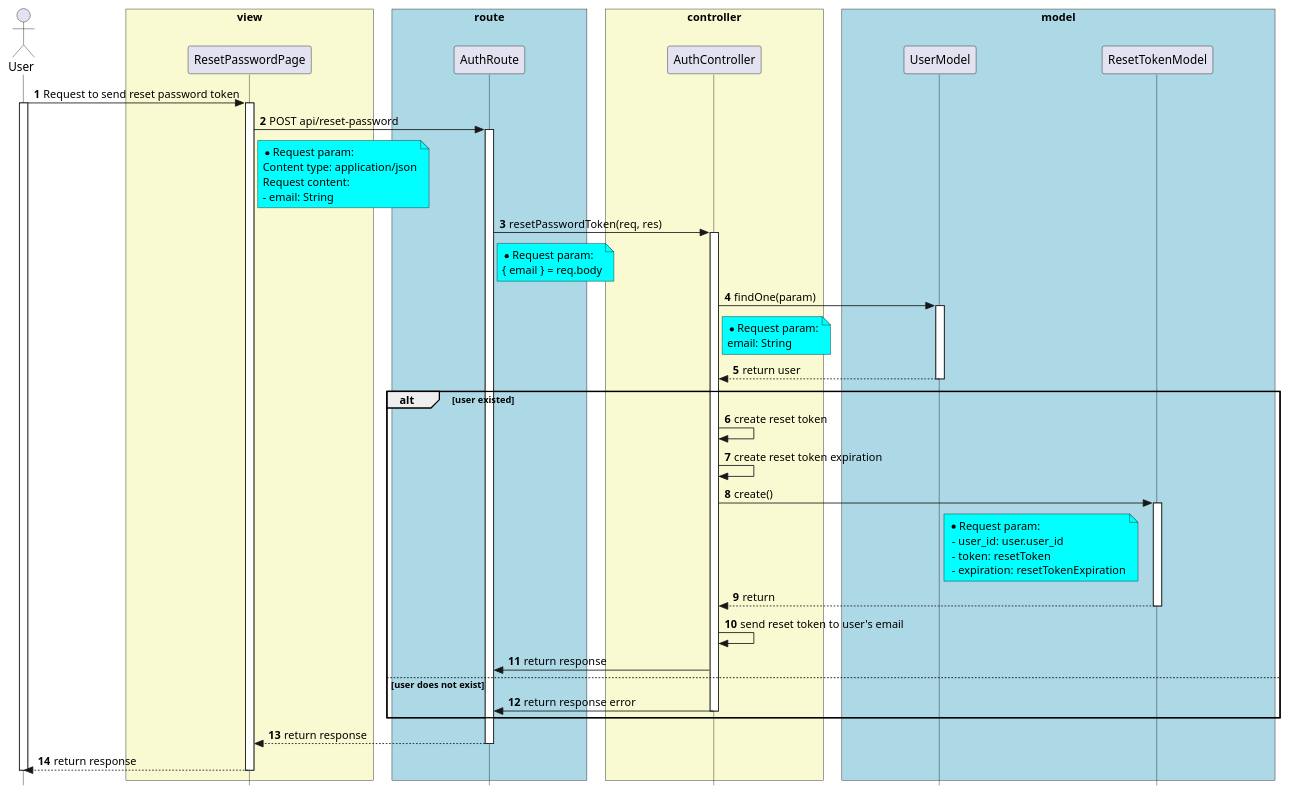
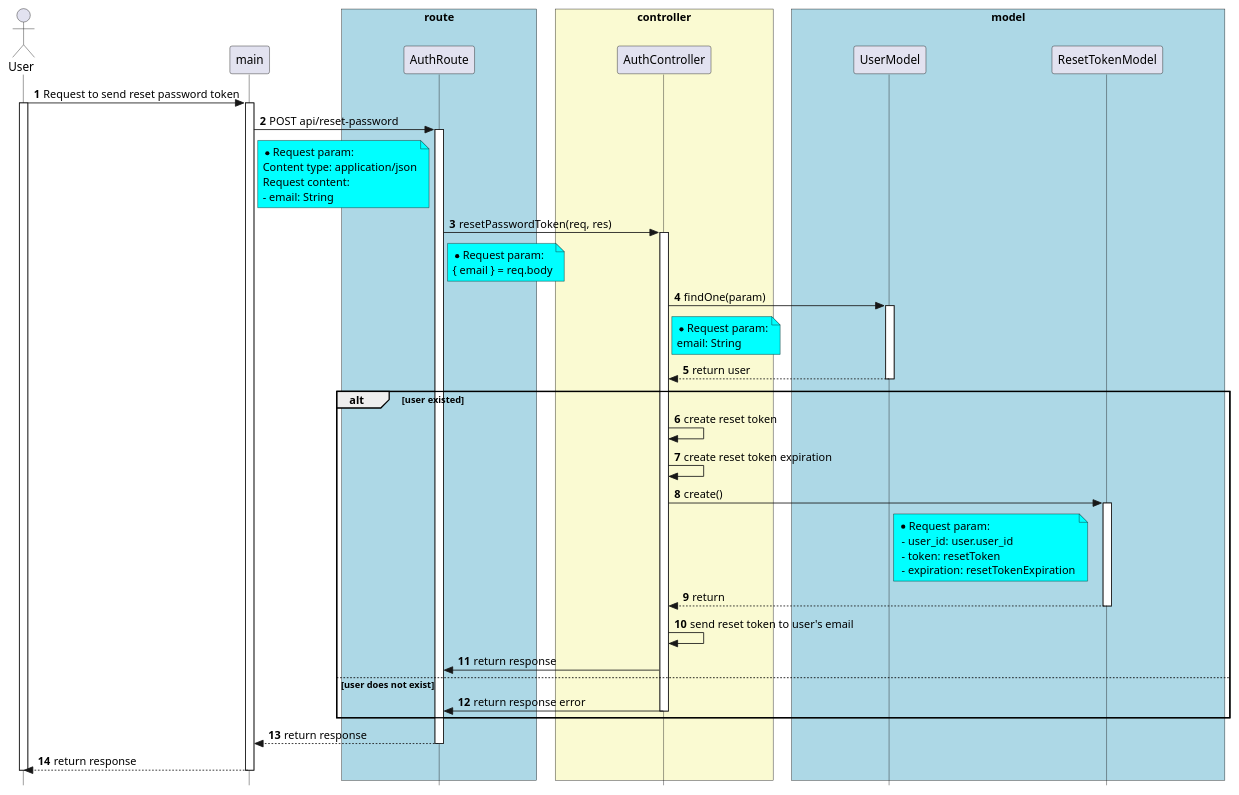
The diagram in diagram/sequence/API/auth/resetPasswordToken.pu (techcomrade/fmECG), drawn with PlantUML before and after one commit. The commit also changed 75 other files, not shown here.

```diff
--- a/diagram/sequence/API/auth/resetPasswordToken.pu
+++ b/diagram/sequence/API/auth/resetPasswordToken.pu
@@ -1,106 +1,104 @@
 @startuml
 
 
 skinparam style strictuml
 
 skinparam lifelineStrategy solid
 
 skinparam ParticipantPadding 70
 
 skinparam BoxPadding 10
 
 
 autonumber
 
 actor User as User
 
-box "view" #LightGoldenRodYellow
 
-participant ResetPasswordPage as ResetPasswordPage
+participant main as main
 
-end box
 
 
 box "route" #lightBlue
 
 participant AuthRoute as AuthRoute
 
 end box
 
 
 box "controller" #LightGoldenRodYellow
 participant AuthController as AuthController
 
 end box
 
 
 box "model" #lightBlue
 participant UserModel as UserModel
 participant ResetTokenModel as ResetTokenModel
 
 end box
 
 
-User -> ResetPasswordPage: Request to send reset password token
+User -> main: Request to send reset password token
 activate User
-activate ResetPasswordPage
+activate main
 
-ResetPasswordPage -> AuthRoute: POST api/reset-password
+main -> AuthRoute: POST api/reset-password
 activate AuthRoute
 
-note right of ResetPasswordPage #Aqua
+note right of main #Aqua
 * Request param:
 Content type: application/json
 Request content:
 - email: String
 end note
 
 AuthRoute -> AuthController: resetPasswordToken(req, res)
 note right of AuthRoute #Aqua
 * Request param:
 { email } = req.body
 end note
 activate AuthController
 
 AuthController -> UserModel: findOne(param)
 note right of AuthController #Aqua
   * Request param:
   email: String
 end note
 
 activate UserModel
 
 UserModel --> AuthController: return user
 deactivate UserModel
 alt user existed
   AuthController -> AuthController: create reset token
   AuthController -> AuthController: create reset token expiration
 
   AuthController -> ResetTokenModel: create()
   note right of UserModel #Aqua
     * Request param:
      - user_id: user.user_id
      - token: resetToken
      - expiration: resetTokenExpiration
   end note
 
   activate ResetTokenModel
   ResetTokenModel --> AuthController: return
   deactivate ResetTokenModel
 
   AuthController -> AuthController: send reset token to user's email
 
   AuthController -> AuthRoute: return response
 else user does not exist
 AuthController -> AuthRoute: return response error
 deactivate AuthController
 end
 
-AuthRoute --> ResetPasswordPage: return response
+AuthRoute --> main: return response
 deactivate AuthRoute
 
-ResetPasswordPage --> User: return response
-deactivate ResetPasswordPage
+main --> User: return response
+deactivate main
 deactivate User
 
 @enduml
```
